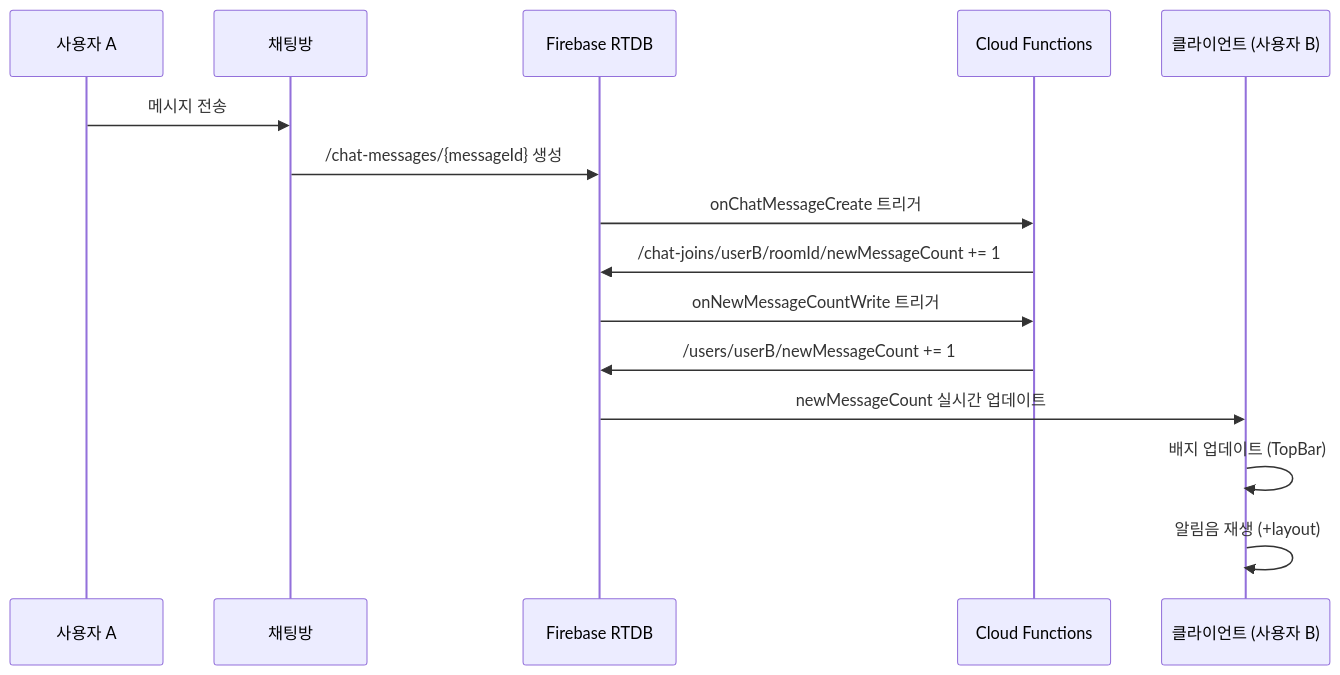
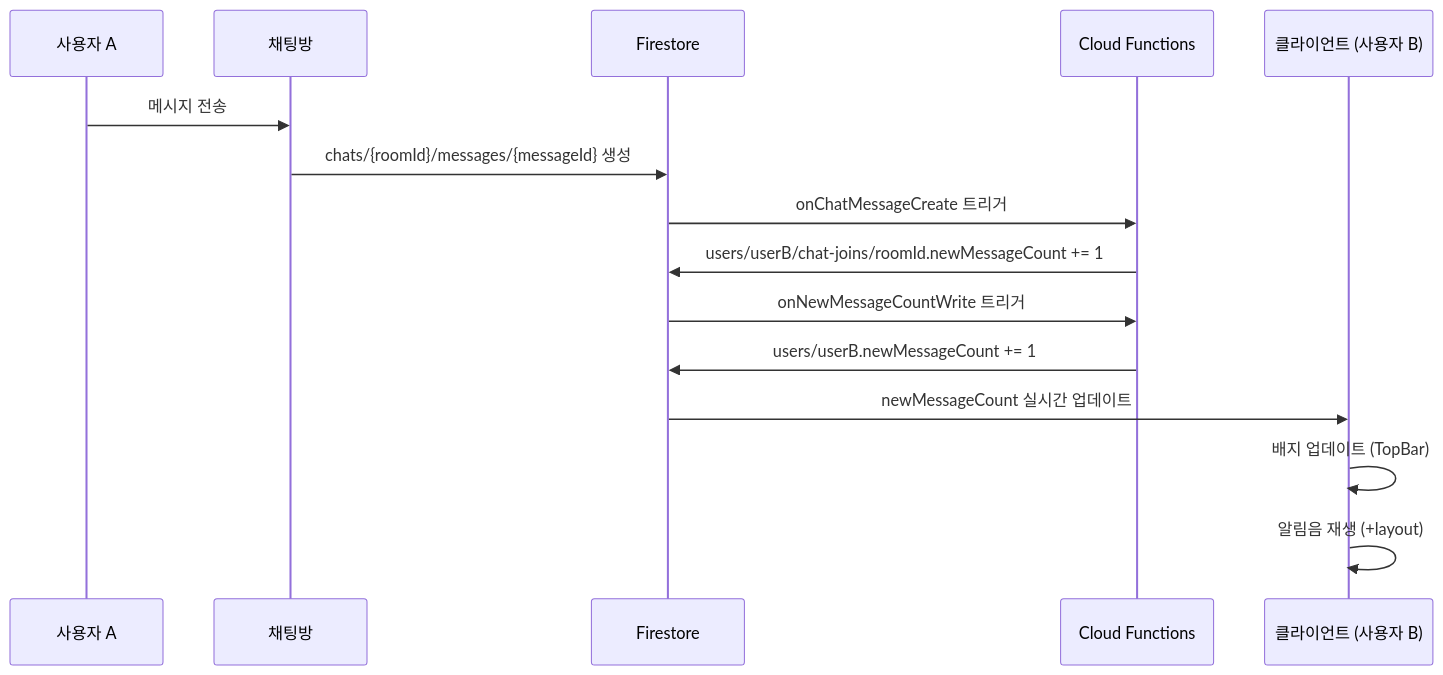
One commit to thruthesky/sonub changed the first of 2 diagrams in specs/sonub-chat-notification-sound.md. Above: the diagram before and after it, drawn with Mermaid. The commit also changed other lines of this file and 9 other files, not shown here.

First line of the commit message:
Refactor Firebase specifications and update chat notification system

````diff
--- a/specs/sonub-chat-notification-sound.md
+++ b/specs/sonub-chat-notification-sound.md
@@ -373,18 +371,18 @@
 ```mermaid
 sequenceDiagram
     participant User as 사용자 A
     participant Chat as 채팅방
-    participant RTDB as Firebase RTDB
+    participant Firestore as Firestore
     participant CF as Cloud Functions
     participant Client as 클라이언트 (사용자 B)
 
     User->>Chat: 메시지 전송
-    Chat->>RTDB: /chat-messages/{messageId} 생성
-    RTDB->>CF: onChatMessageCreate 트리거
-    CF->>RTDB: /chat-joins/userB/roomId/newMessageCount += 1
-    RTDB->>CF: onNewMessageCountWrite 트리거
-    CF->>RTDB: /users/userB/newMessageCount += 1
-    RTDB->>Client: newMessageCount 실시간 업데이트
+    Chat->>Firestore: chats/{roomId}/messages/{messageId} 생성
+    Firestore->>CF: onChatMessageCreate 트리거
+    CF->>Firestore: users/userB/chat-joins/roomId.newMessageCount += 1
+    Firestore->>CF: onNewMessageCountWrite 트리거
+    CF->>Firestore: users/userB.newMessageCount += 1
+    Firestore->>Client: newMessageCount 실시간 업데이트
     Client->>Client: 배지 업데이트 (TopBar)
     Client->>Client: 알림음 재생 (+layout)
 ```
````
